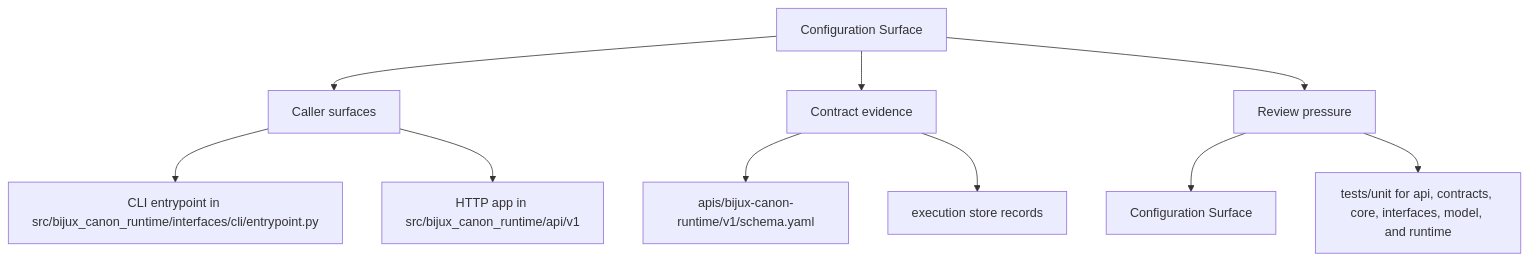
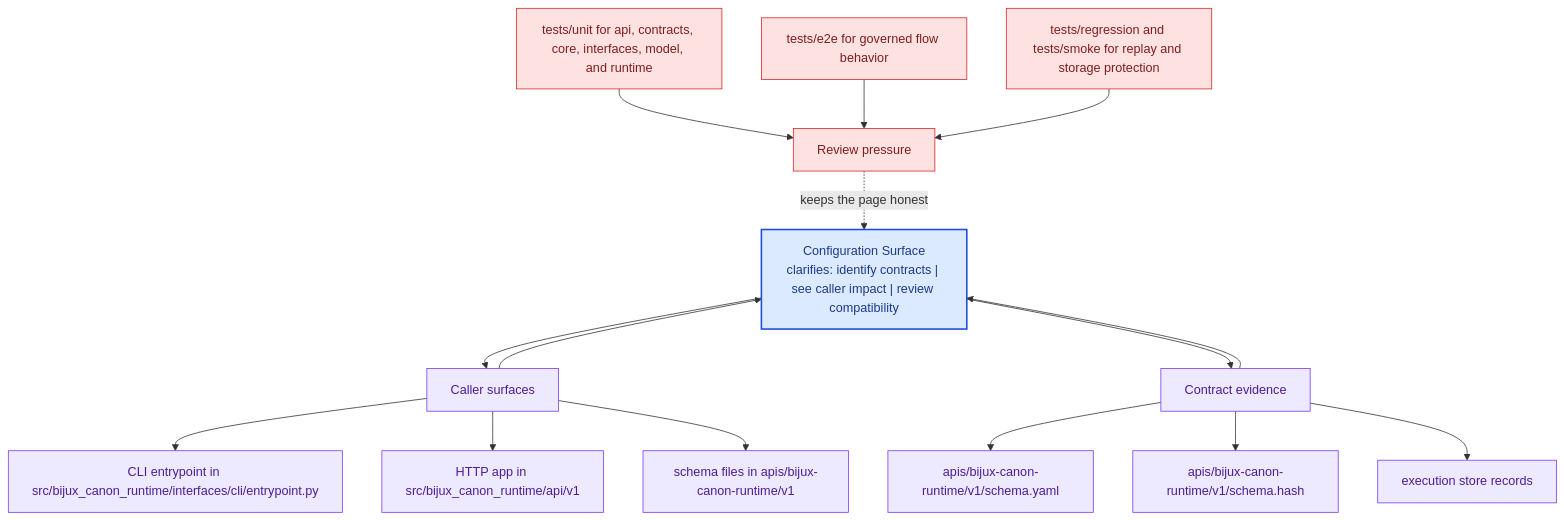
Before and after one commit to bijux/bijux-canon: the second of 2 diagrams in docs/bijux-canon-runtime/interfaces/configuration-surface.md, drawn with Mermaid. The commit also changed other lines of this file and 281 other files, not shown here.

Commit message:
docs(diagrams): deepen handbook mermaid maps across the catalog

````diff
--- a/docs/bijux-canon-runtime/interfaces/configuration-surface.md
+++ b/docs/bijux-canon-runtime/interfaces/configuration-surface.md
@@ -35,22 +68,41 @@
 ```mermaid
-flowchart TD
-    page["Configuration Surface"]
+flowchart TB
+    promise["Configuration Surface<br/>clarifies: identify contracts | see caller impact | review compatibility"]
+    classDef promise fill:#dbeafe,stroke:#1d4ed8,color:#1e3a8a,stroke-width:2px;
+    classDef driver fill:#dcfce7,stroke:#16a34a,color:#14532d;
+    classDef constraint fill:#fee2e2,stroke:#dc2626,color:#7f1d1d;
+    classDef ground fill:#ede9fe,stroke:#7c3aed,color:#4c1d95;
     focus1["Caller surfaces"]
-    page --> focus1
+    focus1 --> promise
+    promise --> focus1
     focus1_1["CLI entrypoint in src/bijux_canon_runtime/interfaces/cli/entrypoint.py"]
     focus1 --> focus1_1
     focus1_2["HTTP app in src/bijux_canon_runtime/api/v1"]
     focus1 --> focus1_2
+    focus1_3["schema files in apis/bijux-canon-runtime/v1"]
+    focus1 --> focus1_3
+    class focus1 ground;
+    class focus1_1,focus1_2,focus1_3 ground;
     focus2["Contract evidence"]
-    page --> focus2
+    focus2 --> promise
+    promise --> focus2
     focus2_1["apis/bijux-canon-runtime/v1/schema.yaml"]
     focus2 --> focus2_1
-    focus2_2["execution store records"]
+    focus2_2["apis/bijux-canon-runtime/v1/schema.hash"]
     focus2 --> focus2_2
+    focus2_3["execution store records"]
+    focus2 --> focus2_3
+    class focus2 ground;
+    class focus2_1,focus2_2,focus2_3 ground;
     focus3["Review pressure"]
-    page --> focus3
-    focus3_1["Configuration Surface"]
-    focus3 --> focus3_1
-    focus3_2["tests/unit for api, contracts, core, interfaces, model, and runtime"]
-    focus3 --> focus3_2
+    focus3 -.keeps the page honest.-> promise
+    focus3_1["tests/unit for api, contracts, core, interfaces, model, and runtime"]
+    focus3_1 --> focus3
+    focus3_2["tests/e2e for governed flow behavior"]
+    focus3_2 --> focus3
+    focus3_3["tests/regression and tests/smoke for replay and storage protection"]
+    focus3_3 --> focus3
+    class focus3 constraint;
+    class focus3_1,focus3_2,focus3_3 constraint;
+    class promise promise;
 ```
````
